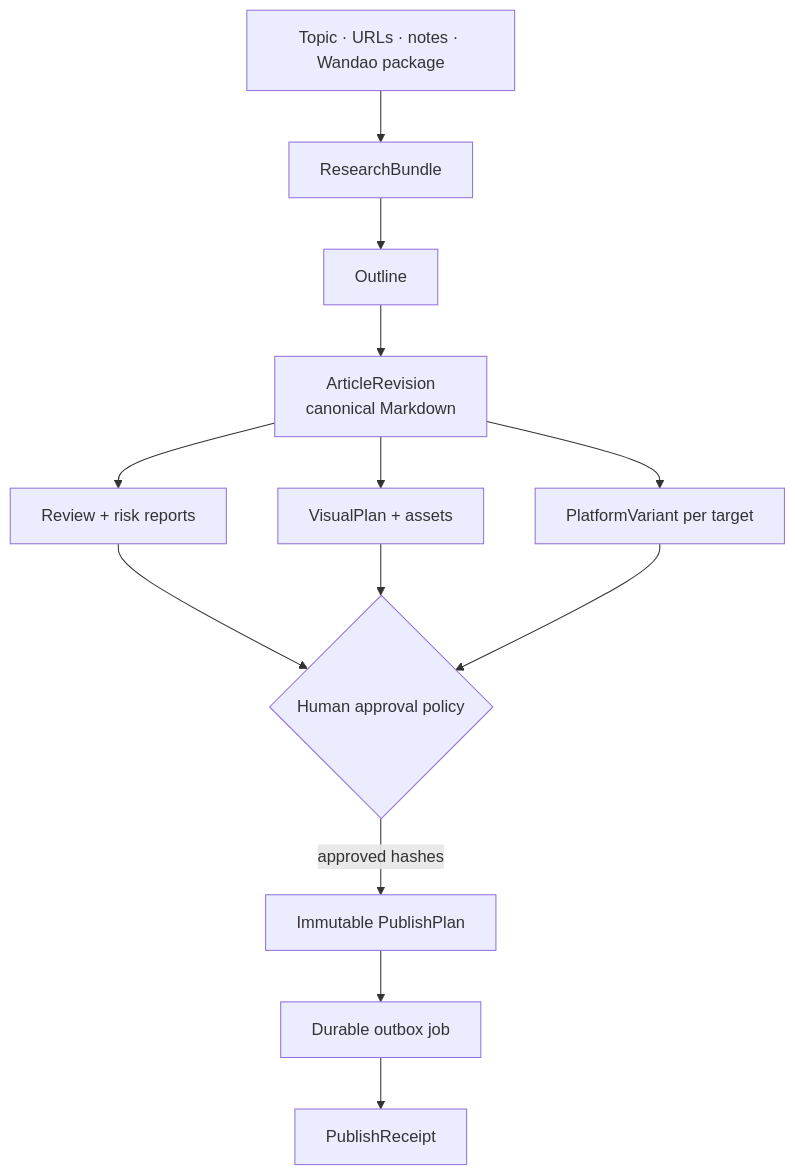
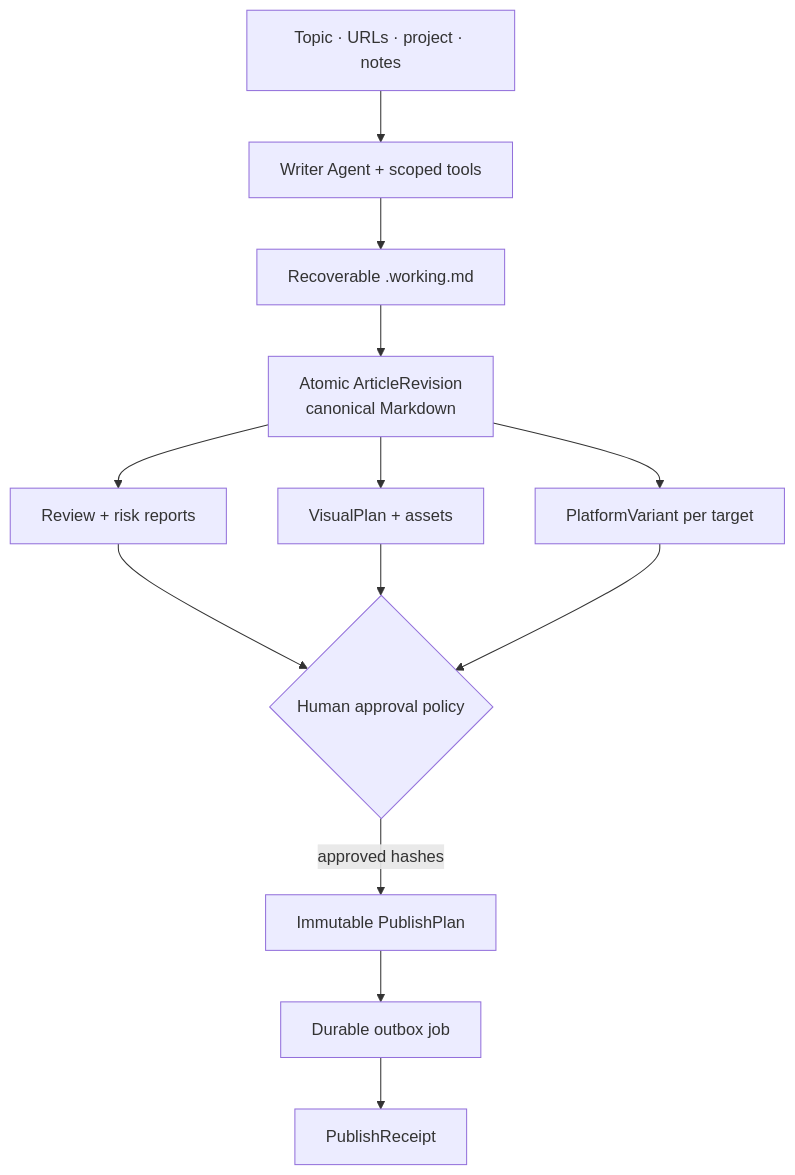
Before and after one commit to tllovesxs/open-publisher: the second of 2 diagrams in docs/architecture/system-overview.md, drawn with Mermaid. The commit also changed other lines of this file and 232 other files, not shown here.

````diff
--- a/docs/architecture/system-overview.md
+++ b/docs/architecture/system-overview.md
@@ -48,15 +46,15 @@
 ```mermaid
 flowchart TD
-    Sources["Topic · URLs · notes · Wandao package"] --> Research["ResearchBundle"]
-    Research --> Outline["Outline"]
-    Outline --> Revision["ArticleRevision<br/>canonical Markdown"]
+    Sources["Topic · URLs · project · notes"] --> Writer["Writer Agent + scoped tools"]
+    Writer --> Working["Recoverable .working.md"]
+    Working --> Revision["Atomic ArticleRevision<br/>canonical Markdown"]
     Revision --> Review["Review + risk reports"]
     Revision --> Visual["VisualPlan + assets"]
     Revision --> Variants["PlatformVariant per target"]
     Review --> Approval{"Human approval policy"}
     Visual --> Approval
     Variants --> Approval
     Approval -->|"approved hashes"| Plan["Immutable PublishPlan"]
     Plan --> Job["Durable outbox job"]
     Job --> Receipt["PublishReceipt"]
 ```
````
